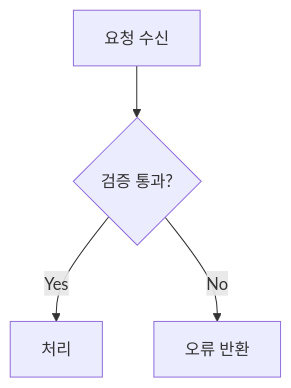
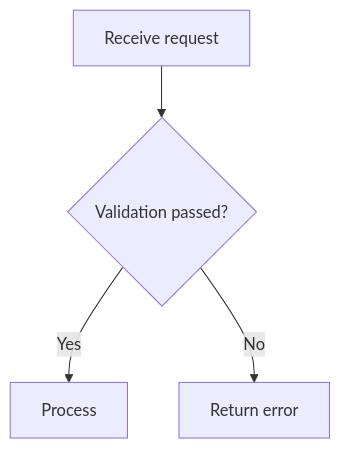
Before and after one commit to warqun/AIMindVaults-EN: the second of 4 diagrams in Vaults/BasicVaults/AIHubVault/.sync/_Standards/Core/Plugins/MERMAID_JUGGL_SYNTAX.md, drawn with Mermaid. The commit also changed other lines of this file and 182 other files, not shown here.

````diff
--- a/Vaults/BasicVaults/AIHubVault/.sync/_Standards/Core/Plugins/MERMAID_JUGGL_SYNTAX.md
+++ b/Vaults/BasicVaults/AIHubVault/.sync/_Standards/Core/Plugins/MERMAID_JUGGL_SYNTAX.md
@@ -27,6 +27,6 @@
 ```mermaid
 flowchart TD
-  A[요청 수신] --> B{검증 통과?}
-  B -->|Yes| C[처리]
-  B -->|No| D[오류 반환]
+  A[Receive request] --> B{Validation passed?}
+  B -->|Yes| C[Process]
+  B -->|No| D[Return error]
 ```
````
